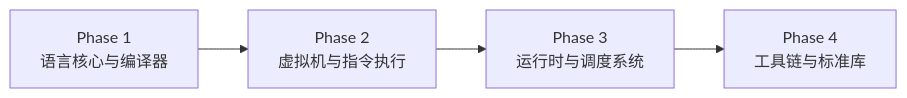
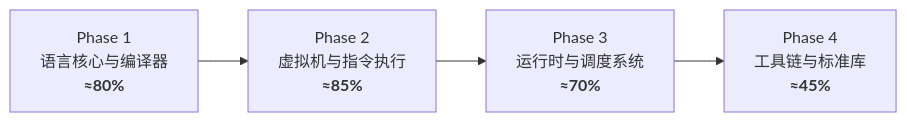
The first of 2 diagrams in docs/14-Atomix-Rust-实现任务文档.md (Lumoa-dev/Atomix), drawn with Mermaid before and after one commit. The commit also changed other lines of this file and 6 other files, not shown here.

Commit message:
feat: 添加项目sop，快捷项目阅览地图工具

````diff
--- a/docs/14-Atomix-Rust-实现任务文档.md
+++ b/docs/14-Atomix-Rust-实现任务文档.md
@@ -61,6 +113,6 @@
 ```mermaid
 flowchart LR
-    P1["Phase 1<br/>语言核心与编译器"] --> P2["Phase 2<br/>虚拟机与指令执行"]
-    P2 --> P3["Phase 3<br/>运行时与调度系统"]
-    P3 --> P4["Phase 4<br/>工具链与标准库"]
+    P1["Phase 1<br/>语言核心与编译器<br/><b>≈80%</b>"] --> P2["Phase 2<br/>虚拟机与指令执行<br/><b>≈85%</b>"]
+    P2 --> P3["Phase 3<br/>运行时与调度系统<br/><b>≈70%</b>"]
+    P3 --> P4["Phase 4<br/>工具链与标准库<br/><b>≈45%</b>"]
 ```
````
